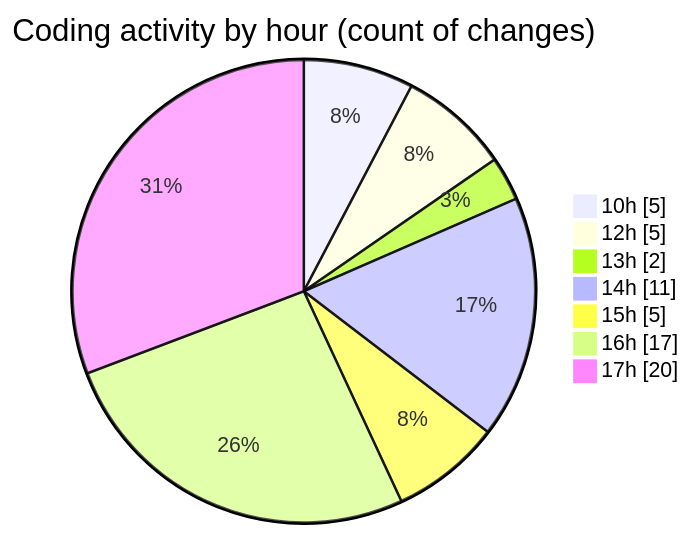
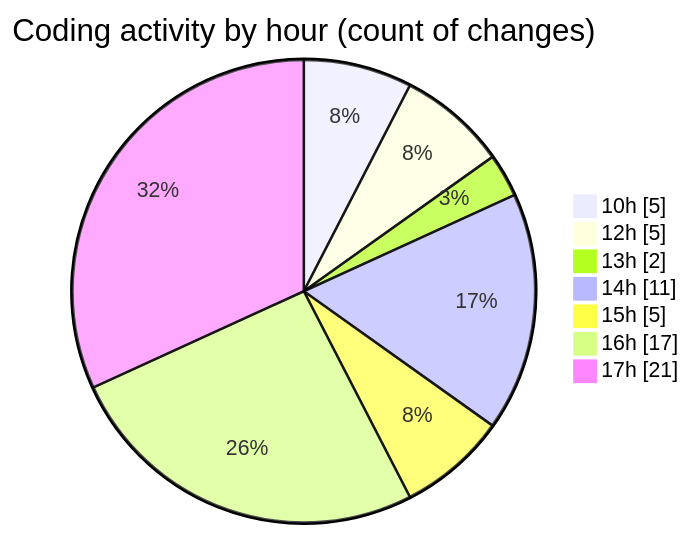
One commit to Ritupan-Deka/code-tracking changed the second of 2 diagrams in 2025-07-07/urlwebwala_intership_work/README.md. Above: the diagram before and after it, drawn with Mermaid. The commit also changed other lines of this file and 1 other file, not shown here.

````diff
--- a/2025-07-07/urlwebwala_intership_work/README.md
+++ b/2025-07-07/urlwebwala_intership_work/README.md
@@ -30,11 +30,11 @@
 ```mermaid
 pie showData
 title Coding activity by hour (count of changes)
 "10h" : 5
 "12h" : 5
 "13h" : 2
 "14h" : 11
 "15h" : 5
 "16h" : 17
-"17h" : 20
+"17h" : 21
 ```
````
